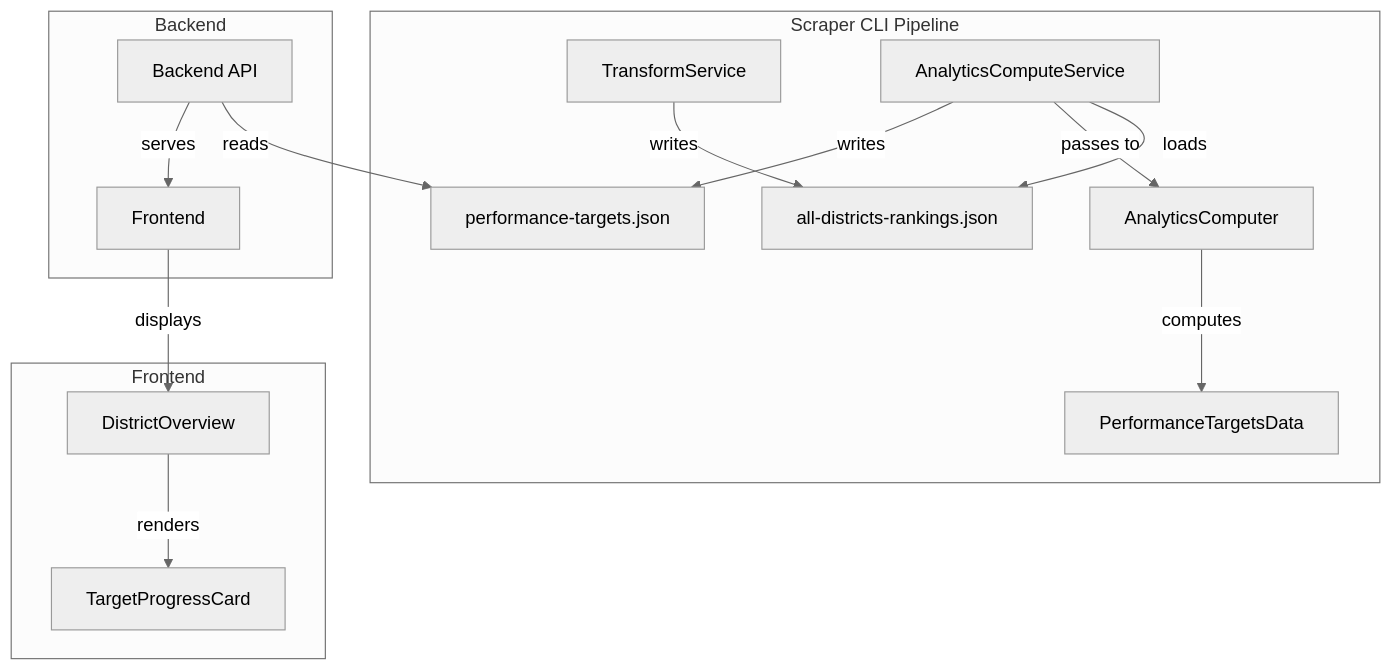
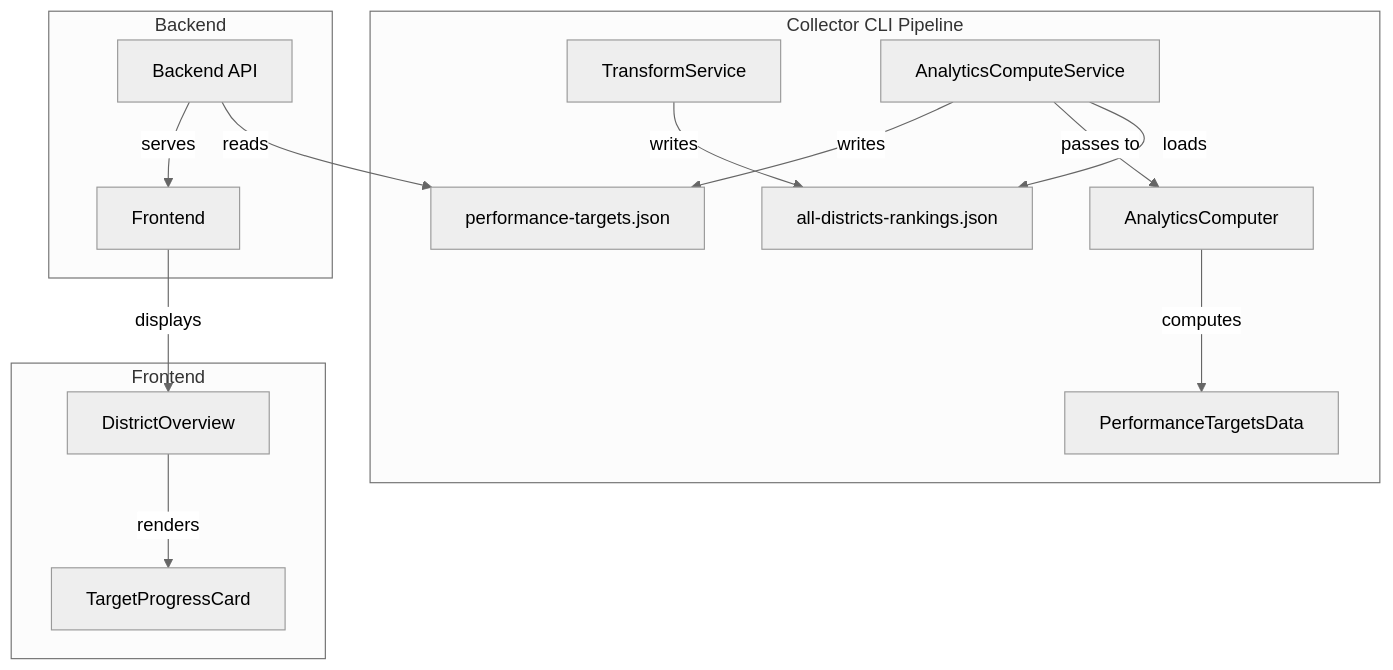
One commit to rservant/toast-stats changed the diagram in .kiro/specs-archive/per-metric-rankings/design.md. Above: the diagram before and after it, drawn with Mermaid (neutral theme). The commit also changed other lines of this file and 267 other files, not shown here.

First line of the commit message:
refactor: rename scraper-cli to collector-cli across the codebase (#99)

````diff
--- a/.kiro/specs-archive/per-metric-rankings/design.md
+++ b/.kiro/specs-archive/per-metric-rankings/design.md
@@ -17,20 +17,20 @@
 ```mermaid
 flowchart TD
-    subgraph "Scraper CLI Pipeline"
+    subgraph "Collector CLI Pipeline"
         T[TransformService] --> |writes| ADR[all-districts-rankings.json]
         ACS[AnalyticsComputeService] --> |loads| ADR
         ACS --> |passes to| AC[AnalyticsComputer]
         AC --> |computes| PT[PerformanceTargetsData]
         ACS --> |writes| PTF[performance-targets.json]
     end
 
     subgraph "Backend"
         BE[Backend API] --> |reads| PTF
         BE --> |serves| FE[Frontend]
     end
 
     subgraph "Frontend"
         FE --> |displays| DO[DistrictOverview]
         DO --> |renders| TPC[TargetProgressCard]
     end
 ```
````
